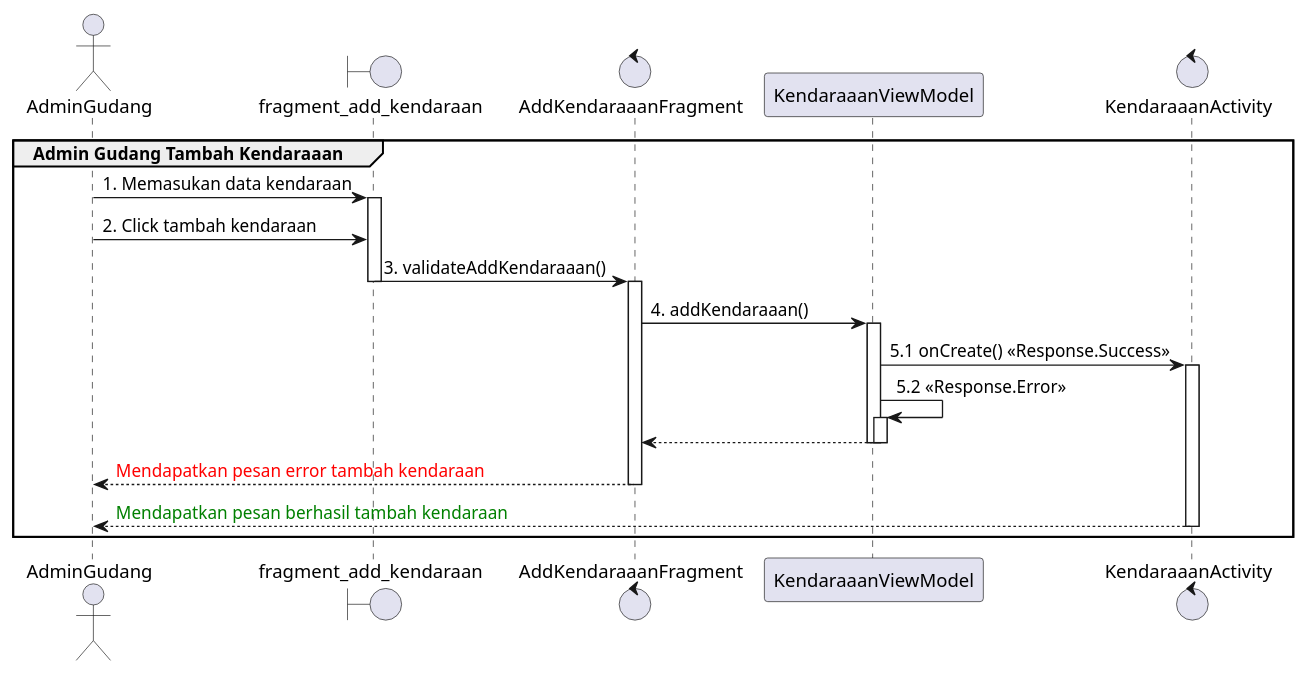
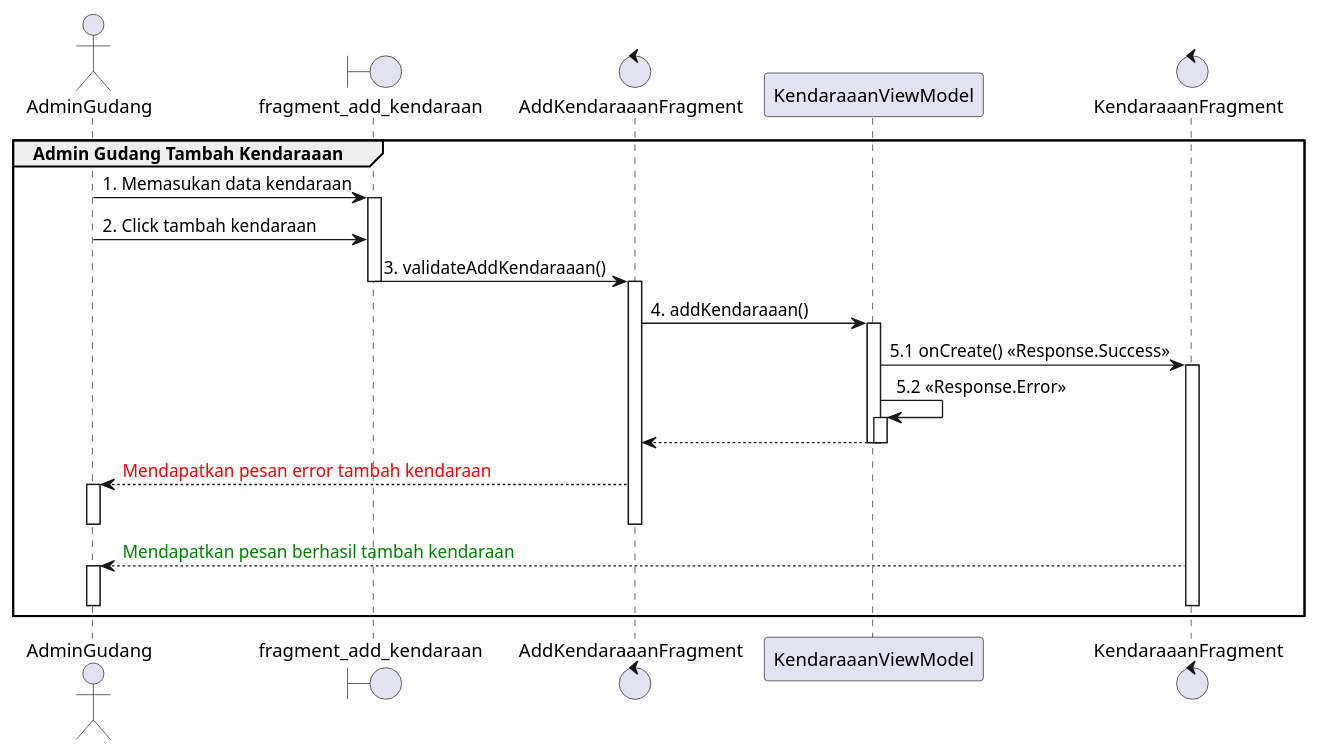
One commit to Pangeranmw/BurdaContractorAndroid changed the diagram in app/src/main/java/com/android/burdacontractor/diagram/sequencediagram/TambahKendaraanSequence.puml. Above: the diagram before and after it, drawn with PlantUML. The commit also changed 33 other files, not shown here.

Commit message:
Sequence Diagram Done

```diff
--- a/app/src/main/java/com/android/burdacontractor/diagram/sequencediagram/TambahKendaraanSequence.puml
+++ b/app/src/main/java/com/android/burdacontractor/diagram/sequencediagram/TambahKendaraanSequence.puml
@@ -1,36 +1,40 @@
 @startuml
 'https://plantuml.com/sequence-diagram
 
 group Admin Gudang Tambah Kendaraaan
     actor       AdminGudang
     boundary    fragment_add_kendaraan
     control     AddKendaraaanFragment
 
     AdminGudang -> fragment_add_kendaraan : 1. Memasukan data kendaraan
     activate fragment_add_kendaraan
     AdminGudang -> fragment_add_kendaraan : 2. Click tambah kendaraan
 
     fragment_add_kendaraan -> AddKendaraaanFragment : 3. validateAddKendaraaan()
     deactivate fragment_add_kendaraan
 
     activate AddKendaraaanFragment
     AddKendaraaanFragment -> KendaraaanViewModel : 4. addKendaraaan()
     activate KendaraaanViewModel
 
-    control KendaraaanActivity
-    KendaraaanViewModel -> KendaraaanActivity : 5.1 onCreate() <<Response.Success>>
-    activate KendaraaanActivity
+    control KendaraaanFragment
+    KendaraaanViewModel -> KendaraaanFragment : 5.1 onCreate() <<Response.Success>>
+    activate KendaraaanFragment
 
     KendaraaanViewModel -> KendaraaanViewModel : 5.2 <<Response.Error>>
     activate KendaraaanViewModel
     AddKendaraaanFragment <-- KendaraaanViewModel
     deactivate KendaraaanViewModel
     deactivate KendaraaanViewModel
 
     AdminGudang <-- AddKendaraaanFragment : <font color=red>Mendapatkan pesan error tambah kendaraan
+    activate AdminGudang
+    deactivate AdminGudang
     deactivate AddKendaraaanFragment
 
-    AdminGudang <-- KendaraaanActivity :  <font color=green>Mendapatkan pesan berhasil tambah kendaraan
-    deactivate KendaraaanActivity
+    AdminGudang <-- KendaraaanFragment :  <font color=green>Mendapatkan pesan berhasil tambah kendaraan
+    activate AdminGudang
+    deactivate AdminGudang
+    deactivate KendaraaanFragment
 end
 @enduml
```
